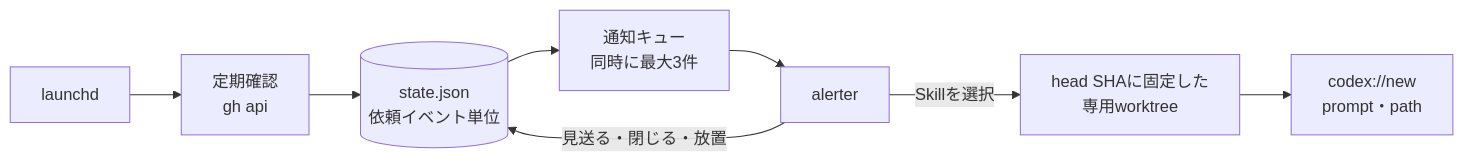
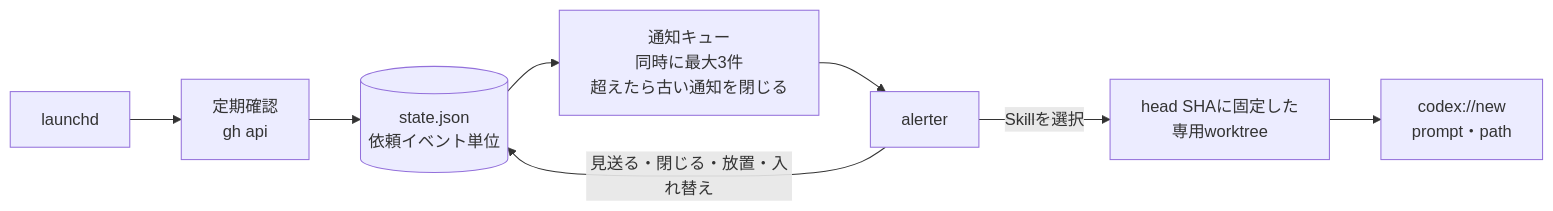
One commit to riii111/dotfiles changed the diagram in tools/review-notifier/README.md. Above: the diagram before and after it, drawn with Mermaid. The commit also changed other lines of this file and 8 other files, not shown here.

````diff
--- a/tools/review-notifier/README.md
+++ b/tools/review-notifier/README.md
@@ -6,10 +6,10 @@
 ```mermaid
 flowchart LR
   L[launchd] --> P[定期確認<br/>gh api]
   P --> S[(state.json<br/>依頼イベント単位)]
-  S --> Q[通知キュー<br/>同時に最大3件]
+  S --> Q[通知キュー<br/>同時に最大3件<br/>超えたら古い通知を閉じる]
   Q --> A[alerter]
   A -->|Skillを選択| W[head SHAに固定した<br/>専用worktree]
   W --> D[codex://new<br/>prompt・path]
-  A -->|見送る・閉じる・放置| S
+  A -->|見送る・閉じる・放置・入れ替え| S
 ```
````
